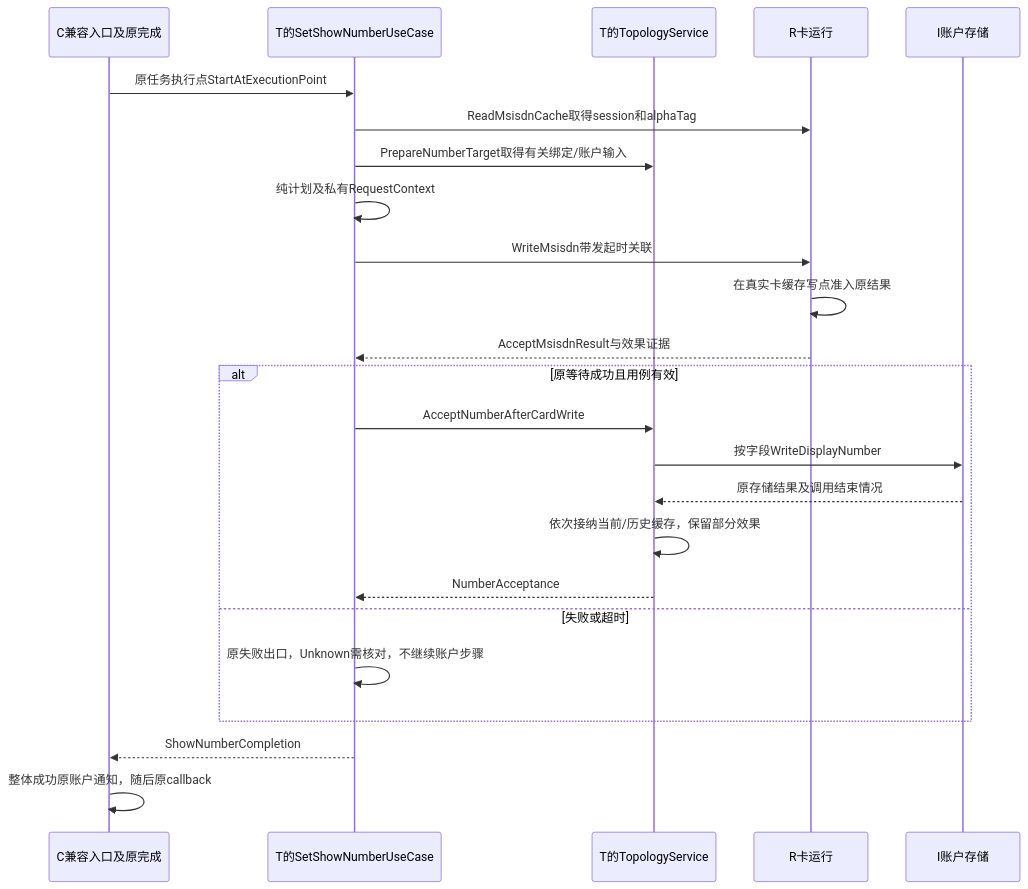
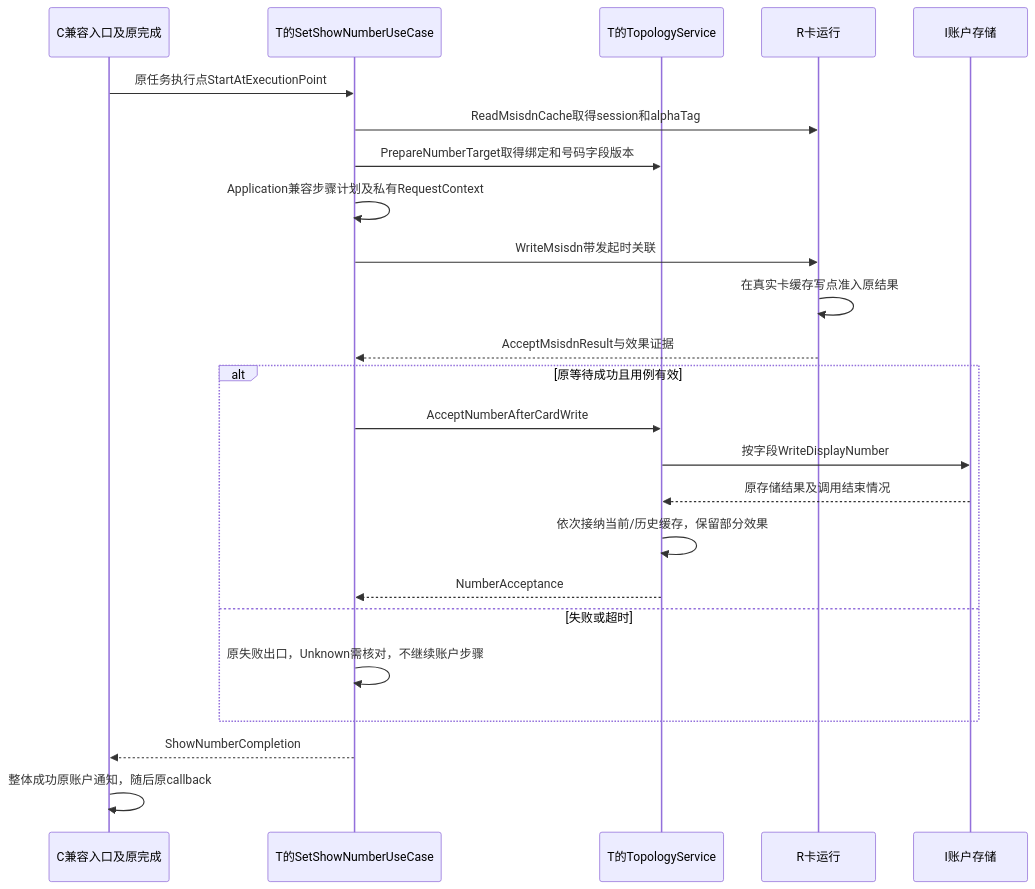
The seventh of 17 diagrams in telephony_core_service/docs/多SIM架构重构_设计说明与业务流程对照.md (zjuluowu/multisim), drawn with Mermaid before and after one commit. The commit also changed other lines of this file and 66 other files, not shown here.

Commit message:
chore(sim): preserve local architecture work before integration

````diff
--- a/telephony_core_service/docs/多SIM架构重构_设计说明与业务流程对照.md
+++ b/telephony_core_service/docs/多SIM架构重构_设计说明与业务流程对照.md
@@ -469,26 +469,26 @@
 ```mermaid
 sequenceDiagram
     participant C as C兼容入口及原完成
     participant U as T的SetShowNumberUseCase
     participant T as T的TopologyService
     participant R as R卡运行
     participant I as I账户存储
     C->>U: 原任务执行点StartAtExecutionPoint
     U->>R: ReadMsisdnCache取得session和alphaTag
-    U->>T: PrepareNumberTarget取得有关绑定/账户输入
-    U->>U: 纯计划及私有RequestContext
+    U->>T: PrepareNumberTarget取得绑定和号码字段版本
+    U->>U: Application兼容步骤计划及私有RequestContext
     U->>R: WriteMsisdn带发起时关联
     R->>R: 在真实卡缓存写点准入原结果
     R-->>U: AcceptMsisdnResult与效果证据
     alt 原等待成功且用例有效
         U->>T: AcceptNumberAfterCardWrite
         T->>I: 按字段WriteDisplayNumber
         I-->>T: 原存储结果及调用结束情况
         T->>T: 依次接纳当前/历史缓存，保留部分效果
         T-->>U: NumberAcceptance
     else 失败或超时
         U->>U: 原失败出口，Unknown需核对，不继续账户步骤
     end
     U-->>C: ShowNumberCompletion
     C->>C: 整体成功原账户通知，随后原callback
 ```
````
